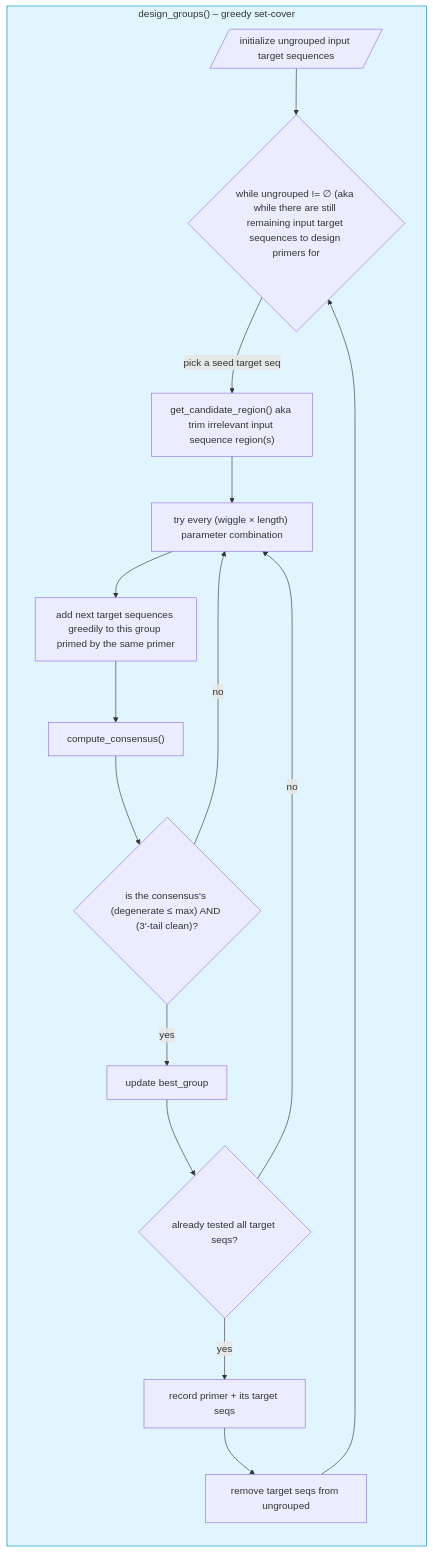
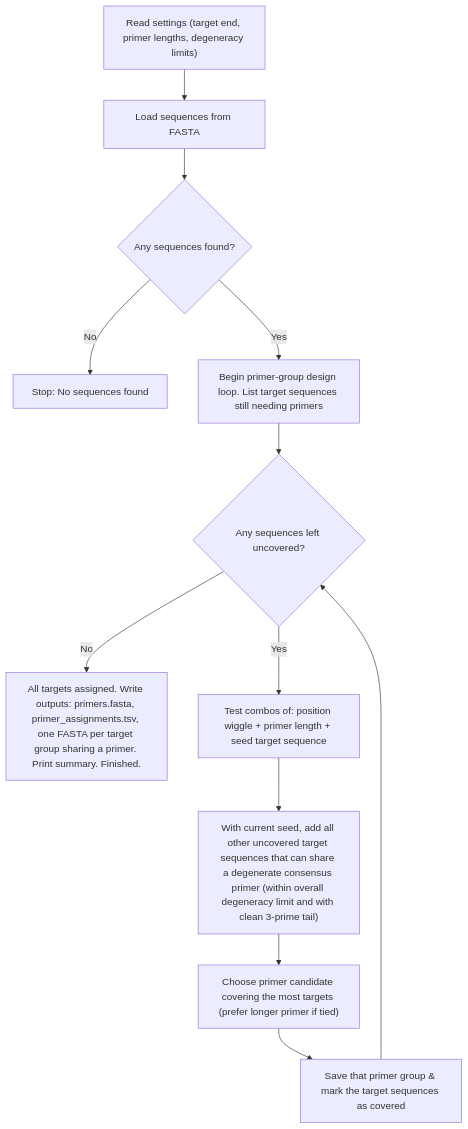
The diagram in README.md (LukeHebert/bcrseq_primers), drawn with Mermaid before and after one commit. The commit also changed other lines of this file, not shown here.

Commit message:
Removed the confusing toy example & greatly improved the mermaid diagram for generate_primers.py

````diff
--- a/README.md
+++ b/README.md
@@ -43,26 +43,14 @@
 ```mermaid
-flowchart TD
-    %% ---------- DESIGN_GROUPS() DETAIL ----------
-    subgraph DG ["design_groups() – greedy set‑cover"]
-        direction TB
-        DG1[/initialize ungrouped input target sequences/] --> DG2{"while ungrouped != ∅ (aka while there are still remaining input target sequences to design primers for"}
-        DG2 -->|pick a seed target seq| DG3["get_candidate_region() aka trim irrelevant input sequence region(s)"]
-        DG3 --> DG4["try every (wiggle × length) parameter combination"]
-        DG4 --> DG5["add next target sequences greedily to this group primed by the same primer"]
-        DG5 --> DG6["compute_consensus()"]
-        DG6 --> DG7{"is the consensus's (degenerate ≤ max) AND (3'‑tail clean)?"}
-        DG7 -- "yes" --> DG8["update best_group"]
-        DG7 -- "no"  --> DG4
-        DG8 --> DG9{"already tested all target seqs?"}
-        DG9 -- "no"  --> DG4
-        DG9 -- "yes" --> DG10["record primer + its target seqs"]
-        DG10 --> DG11["remove target seqs from ungrouped"]
-        DG11 --> DG2
-    end
-
-    %% Optional styling (safe on GitHub)
-    classDef dgStyle fill:#e1f5fe,stroke:#0288d1,stroke-width:1px;
-    classDef woStyle fill:#fff3e0,stroke:#fb8c00,stroke-width:1px;
-    class DG dgStyle;
-    class WO woStyle;
+graph TD
+A["Read settings (target end, primer lengths, degeneracy limits)"] --> B["Load sequences from FASTA"]
+B --> C{"Any sequences found?"}
+C -- "No" --> D["Stop: No sequences found"]
+C -- "Yes" --> E["Begin primer-group design loop. List target sequences still needing primers"]
+E --> F{"Any sequences left uncovered?"}
+F -- "No" --> G["All targets assigned. Write outputs: primers.fasta, primer_assignments.tsv, one FASTA per target group sharing a primer. Print summary. Finished."]
+F -- "Yes" --> H["Test combos of: position wiggle + primer length + seed target sequence"]
+H --> I["With current seed, add all other uncovered target sequences that can share a degenerate consensus primer (within overall degeneracy limit and with clean 3-prime tail)"]
+I --> J["Choose primer candidate covering the most targets (prefer longer primer if tied)"]
+J --> K["Save that primer group & mark the target sequences as covered"]
+K --> F
 ```
````
